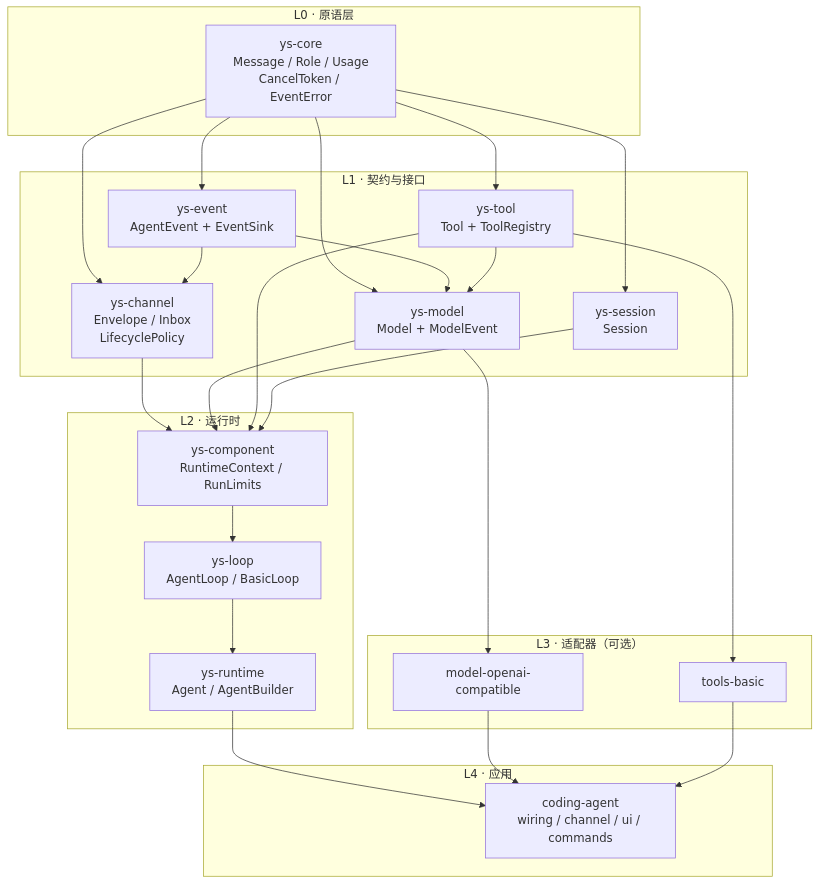
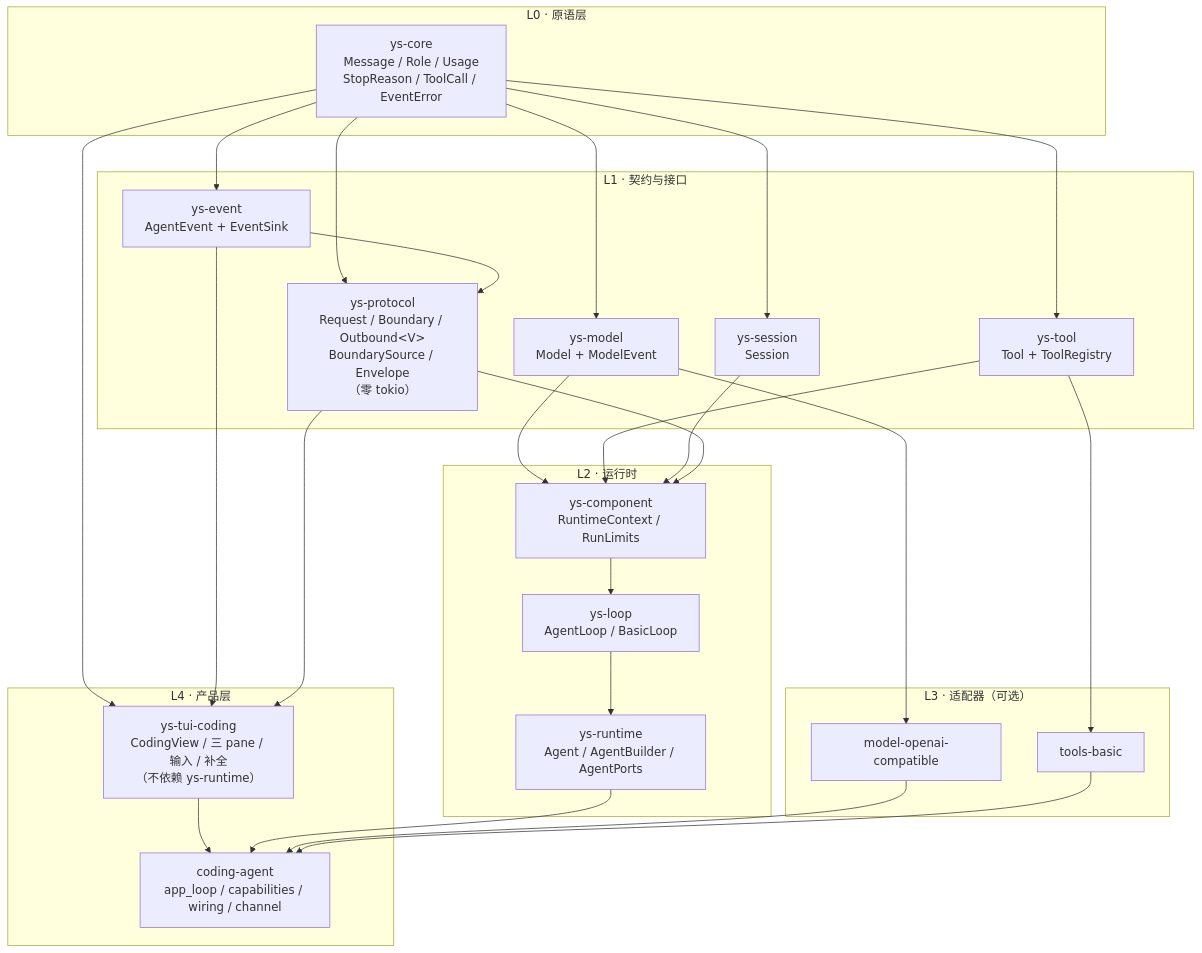
One commit to zsdfbb/YuShan changed the first of 15 diagrams in docs/architecture.md. Above: the diagram before and after it, drawn with Mermaid. The commit also changed other lines of this file and 83 other files, not shown here.

````diff
--- a/docs/architecture.md
+++ b/docs/architecture.md
@@ -28,49 +33,52 @@
 ```mermaid
 flowchart TB
     subgraph L0["L0 · 原语层"]
-        CORE["ys-core<br/>Message / Role / Usage<br/>CancelToken / EventError"]
+        CORE["ys-core<br/>Message / Role / Usage<br/>StopReason / ToolCall / EventError"]
     end
 
     subgraph L1["L1 · 契约与接口"]
         EVENT["ys-event<br/>AgentEvent + EventSink"]
-        CHAN["ys-channel<br/>Envelope / Inbox<br/>LifecyclePolicy"]
+        PROTO["ys-protocol<br/>Request / Boundary / Outbound&lt;V&gt;<br/>BoundarySource / Envelope<br/>（零 tokio）"]
         TOOL["ys-tool<br/>Tool + ToolRegistry"]
         MODEL["ys-model<br/>Model + ModelEvent"]
         SESSION["ys-session<br/>Session"]
     end
 
     subgraph L2["L2 · 运行时"]
         COMP["ys-component<br/>RuntimeContext / RunLimits"]
         LOOP["ys-loop<br/>AgentLoop / BasicLoop"]
-        RT["ys-runtime<br/>Agent / AgentBuilder"]
+        RT["ys-runtime<br/>Agent / AgentBuilder / AgentPorts"]
     end
 
     subgraph L3["L3 · 适配器（可选）"]
         OAI["model-openai-compatible"]
         TB["tools-basic"]
     end
 
-    subgraph L4["L4 · 应用"]
-        CA["coding-agent<br/>wiring / channel / ui / commands"]
+    subgraph L4["L4 · 产品层"]
+        TUI["ys-tui-coding<br/>CodingView / 三 pane / 输入 / 补全<br/>（不依赖 ys-runtime）"]
+        CA["coding-agent<br/>app_loop / capabilities / wiring / channel"]
     end
 
     CORE --> EVENT
-    CORE --> CHAN
+    CORE --> PROTO
     CORE --> TOOL
     CORE --> MODEL
     CORE --> SESSION
-    EVENT --> CHAN
-    EVENT --> MODEL
-    TOOL --> MODEL
-    CHAN --> COMP
+    EVENT --> PROTO
     MODEL --> COMP
     TOOL --> COMP
     SESSION --> COMP
+    PROTO --> COMP
     COMP --> LOOP
     LOOP --> RT
     MODEL --> OAI
     TOOL --> TB
+    CORE --> TUI
+    EVENT --> TUI
+    PROTO --> TUI
+    TUI --> CA
     RT --> CA
     OAI --> CA
     TB --> CA
 ```
````
